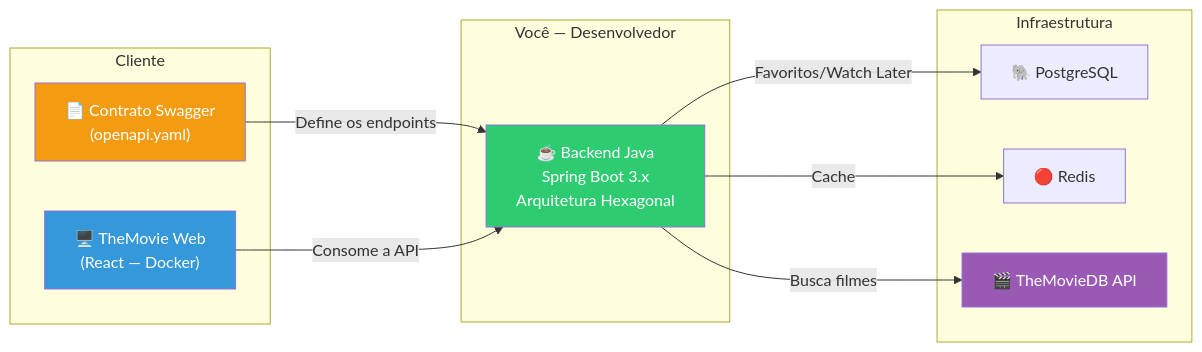
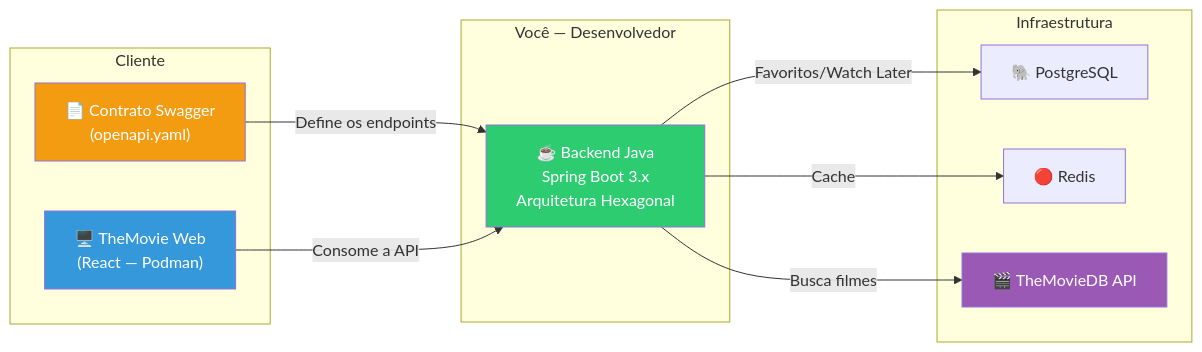
Before and after one commit to deusemarjunior/trein-java-intermed: the first of 2 diagrams in dia-08/slide-02.md, drawn with Mermaid. The commit also changed 100 other files, not shown here.

Commit message:
removendo docker adicionando podman

````diff
--- a/dia-08/slide-02.md
+++ b/dia-08/slide-02.md
@@ -15,28 +15,28 @@
 ```mermaid
 graph LR
     subgraph "Cliente"
         CONTRACT["📄 Contrato Swagger<br/>(openapi.yaml)"]
-        FRONT["🖥️ TheMovie Web<br/>(React — Docker)"]
+        FRONT["🖥️ TheMovie Web<br/>(React — Podman)"]
     end
 
     subgraph "Você — Desenvolvedor"
         BACK["☕ Backend Java<br/>Spring Boot 3.x<br/>Arquitetura Hexagonal"]
     end
 
     subgraph "Infraestrutura"
         PG["🐘 PostgreSQL"]
         REDIS["🔴 Redis"]
         TMDB["🎬 TheMovieDB API"]
     end
 
     CONTRACT -->|"Define os endpoints"| BACK
     FRONT -->|"Consome a API"| BACK
     BACK -->|"Favoritos/Watch Later"| PG
     BACK -->|"Cache"| REDIS
     BACK -->|"Busca filmes"| TMDB
 
     style CONTRACT fill:#f39c12,color:#fff
     style FRONT fill:#3498db,color:#fff
     style BACK fill:#2ecc71,color:#fff
     style TMDB fill:#9b59b6,color:#fff
 ```
````
